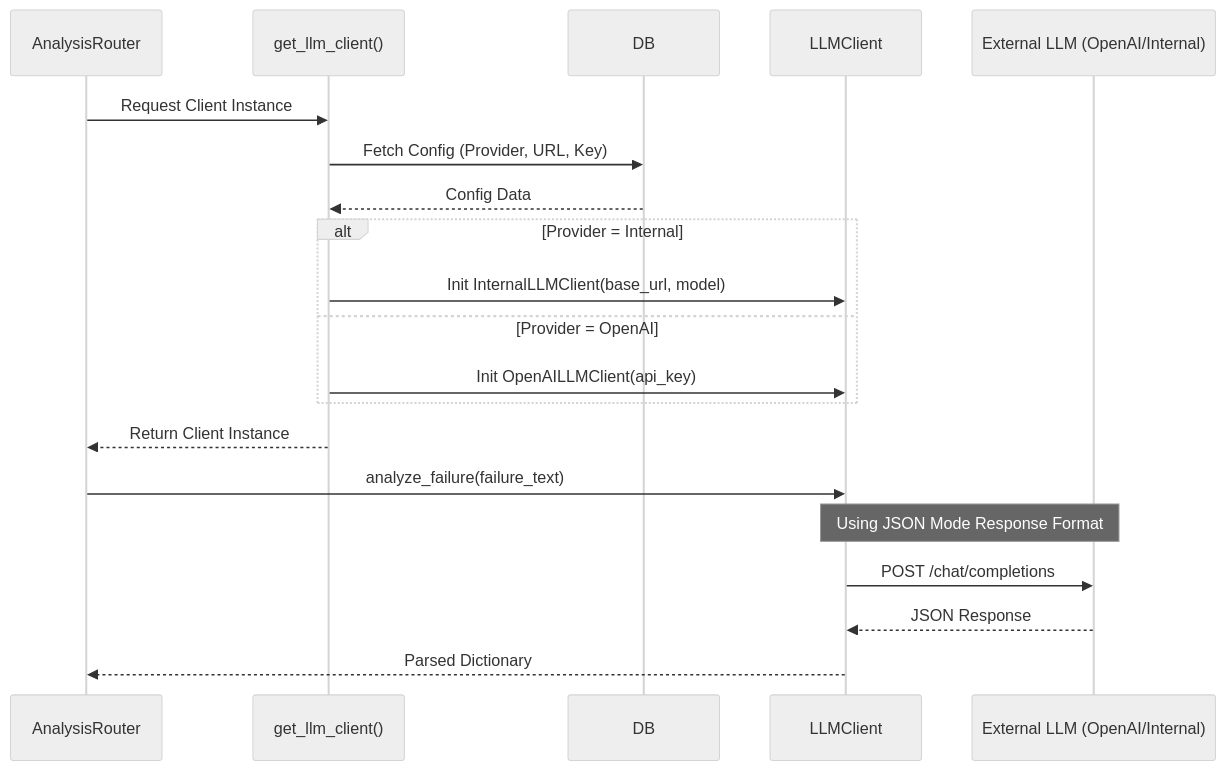
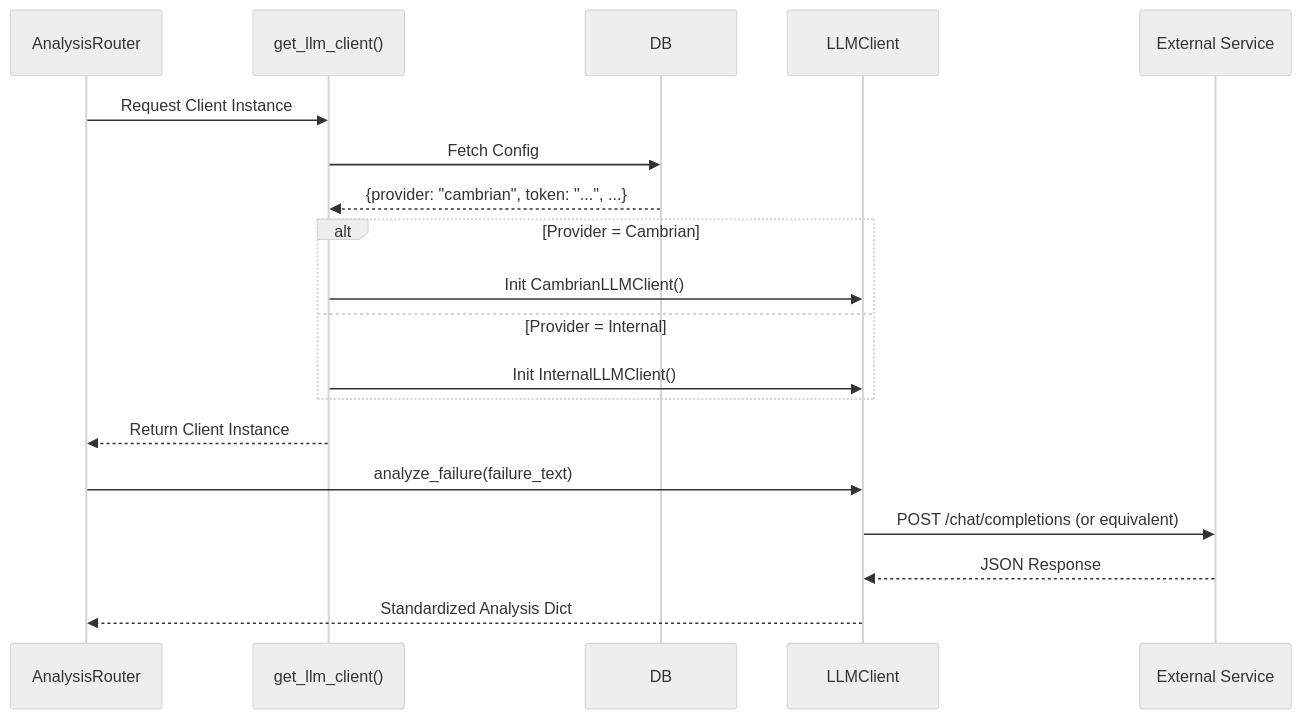
Before and after one commit to seen0722/GMS-helper: the second of 2 diagrams in docs/LLM_INTEGRATION_DESIGN.md, drawn with Mermaid (neutral theme). The commit also changed other lines of this file and 1 other file, not shown here.

Commit message:
docs: regenerate architecture and design documents

````diff
--- a/docs/LLM_INTEGRATION_DESIGN.md
+++ b/docs/LLM_INTEGRATION_DESIGN.md
@@ -97,28 +87,26 @@
 ```mermaid
 sequenceDiagram
     participant AnalysisRouter
     participant Factory as get_llm_client()
     participant DB
     participant Client as LLMClient
-    participant Provider as External LLM (OpenAI/Internal)
+    participant Provider as External Service
 
     AnalysisRouter->>Factory: Request Client Instance
-    Factory->>DB: Fetch Config (Provider, URL, Key)
-    DB-->>Factory: Config Data
+    Factory->>DB: Fetch Config
+    DB-->>Factory: {provider: "cambrian", token: "...", ...}
     
-    alt Provider = Internal
-        Factory->>Client: Init InternalLLMClient(base_url, model)
-    else Provider = OpenAI
-        Factory->>Client: Init OpenAILLMClient(api_key)
+    alt Provider = Cambrian
+        Factory->>Client: Init CambrianLLMClient()
+    else Provider = Internal
+        Factory->>Client: Init InternalLLMClient()
     end
     
     Factory-->>AnalysisRouter: Return Client Instance
     
     AnalysisRouter->>Client: analyze_failure(failure_text)
     
-    Note over Client,Provider: Using JSON Mode Response Format
-    
-    Client->>Provider: POST /chat/completions
+    Client->>Provider: POST /chat/completions (or equivalent)
     Provider-->>Client: JSON Response
-    Client-->>AnalysisRouter: Parsed Dictionary
+    Client-->>AnalysisRouter: Standardized Analysis Dict
 ```
````
